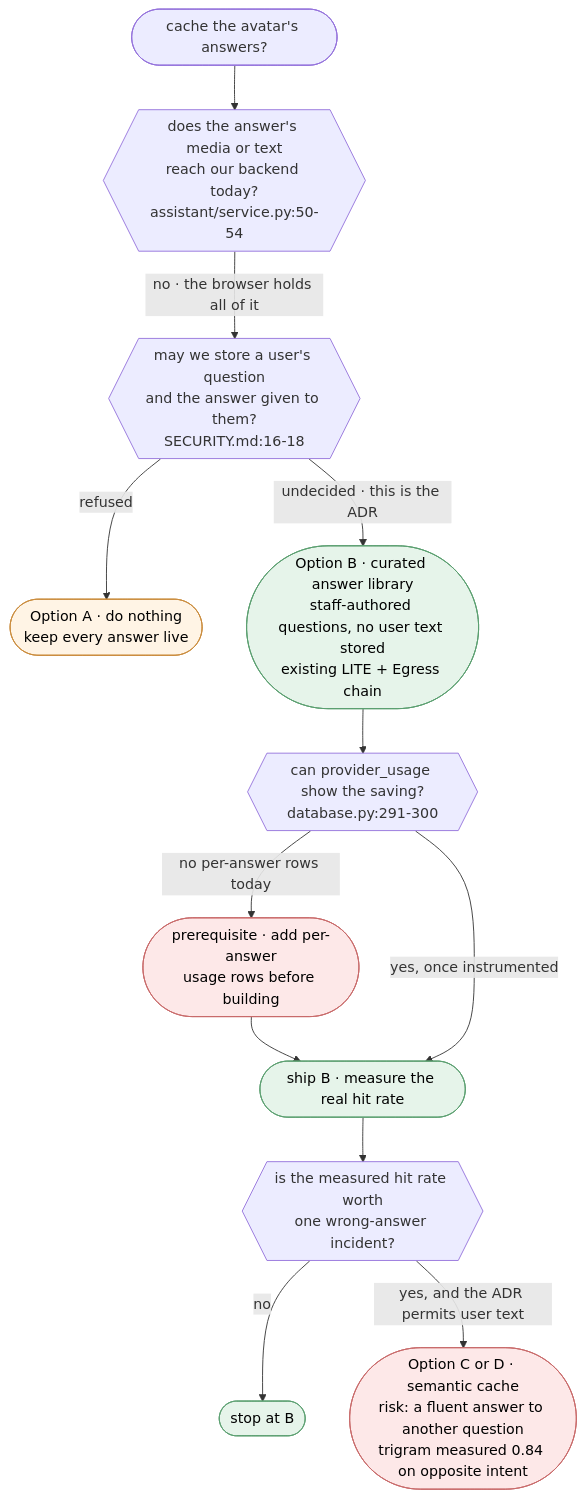
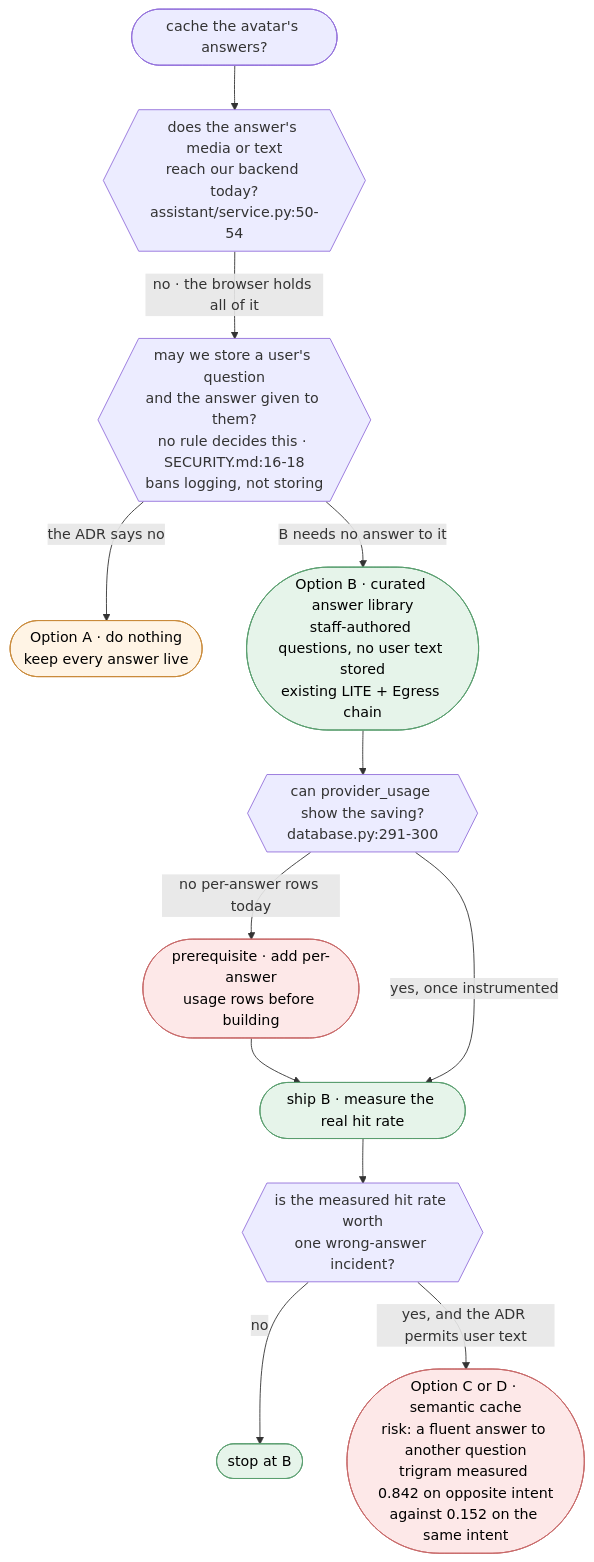
Before and after one commit to Kohandezh/kohandezh-live-avatar: the second of 2 diagrams in docs/features/response-caching/RESEARCH.md, drawn with Mermaid. The commit also changed other lines of this file and 1 other file, not shown here.

First line of the commit message:
docs(assistant): fix evidence integrity and score Option B honestly

````diff
--- a/docs/features/response-caching/RESEARCH.md
+++ b/docs/features/response-caching/RESEARCH.md
@@ -454,19 +607,19 @@
 ```mermaid
 flowchart TB
     Q(["cache the avatar's answers?"])
     Q --> G1{{"does the answer's media or text<br/>reach our backend today?<br/>assistant/service.py:50-54"}}
-    G1 -->|"no · the browser holds all of it"| G2{{"may we store a user's question<br/>and the answer given to them?<br/>SECURITY.md:16-18"}}
-    G2 -->|"refused"| A(["Option A · do nothing<br/>keep every answer live"]):::forced
-    G2 -->|"undecided · this is the ADR"| B(["Option B · curated answer library<br/>staff-authored questions, no user text stored<br/>existing LITE + Egress chain"]):::chosen
+    G1 -->|"no · the browser holds all of it"| G2{{"may we store a user's question<br/>and the answer given to them?<br/>no rule decides this · SECURITY.md:16-18<br/>bans logging, not storing"}}
+    G2 -->|"the ADR says no"| A(["Option A · do nothing<br/>keep every answer live"]):::forced
+    G2 -->|"B needs no answer to it"| B(["Option B · curated answer library<br/>staff-authored questions, no user text stored<br/>existing LITE + Egress chain"]):::chosen
     B --> G3{{"can provider_usage show the saving?<br/>database.py:291-300"}}
     G3 -->|"no per-answer rows today"| INSTR(["prerequisite · add per-answer<br/>usage rows before building"]):::fallback
     INSTR --> SHIP
     G3 -->|"yes, once instrumented"| SHIP(["ship B · measure the real hit rate"]):::chosen
     SHIP --> G4{{"is the measured hit rate worth<br/>one wrong-answer incident?"}}
     G4 -->|"no"| STOP(["stop at B"]):::chosen
-    G4 -->|"yes, and the ADR permits user text"| CD(["Option C or D · semantic cache<br/>risk: a fluent answer to another question<br/>trigram measured 0.84 on opposite intent"]):::fallback
+    G4 -->|"yes, and the ADR permits user text"| CD(["Option C or D · semantic cache<br/>risk: a fluent answer to another question<br/>trigram measured 0.842 on opposite intent<br/>against 0.152 on the same intent"]):::fallback
 
     classDef chosen   fill:#e6f4ea,stroke:#5a9e6f,color:#000
     classDef fallback fill:#fde8e8,stroke:#c86a6a,color:#000
     classDef forced   fill:#fff4e5,stroke:#c98a3a,color:#000
 ```
````
